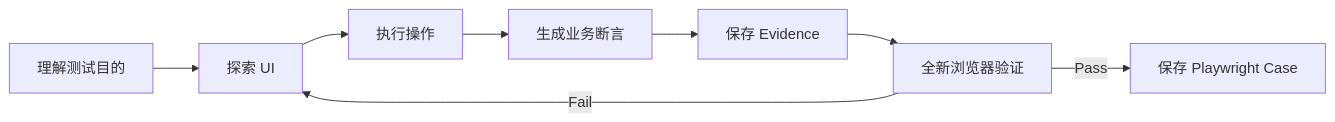
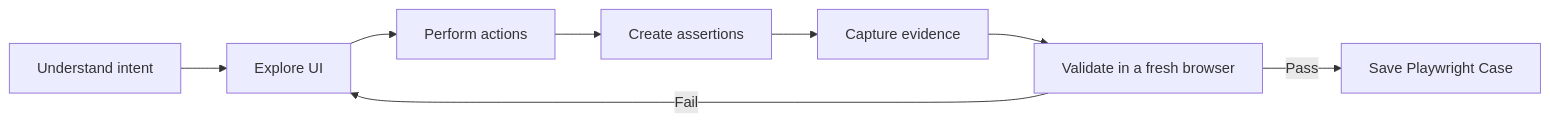
Before and after one commit to houlianpi/Maat: the first of 2 diagrams in README.md, drawn with Mermaid. The commit also changed other lines of this file and 1 other file, not shown here.

````diff
--- a/README.md
+++ b/README.md
@@ -77,10 +79,10 @@
 ```mermaid
 flowchart LR
-    A[理解测试目的] --> B[探索 UI]
-    B --> C[执行操作]
-    C --> D[生成业务断言]
-    D --> E[保存 Evidence]
-    E --> F[全新浏览器验证]
-    F -->|Pass| G[保存 Playwright Case]
+    A[Understand intent] --> B[Explore UI]
+    B --> C[Perform actions]
+    C --> D[Create assertions]
+    D --> E[Capture evidence]
+    E --> F[Validate in a fresh browser]
+    F -->|Pass| G[Save Playwright Case]
     F -->|Fail| B
 ```
````
